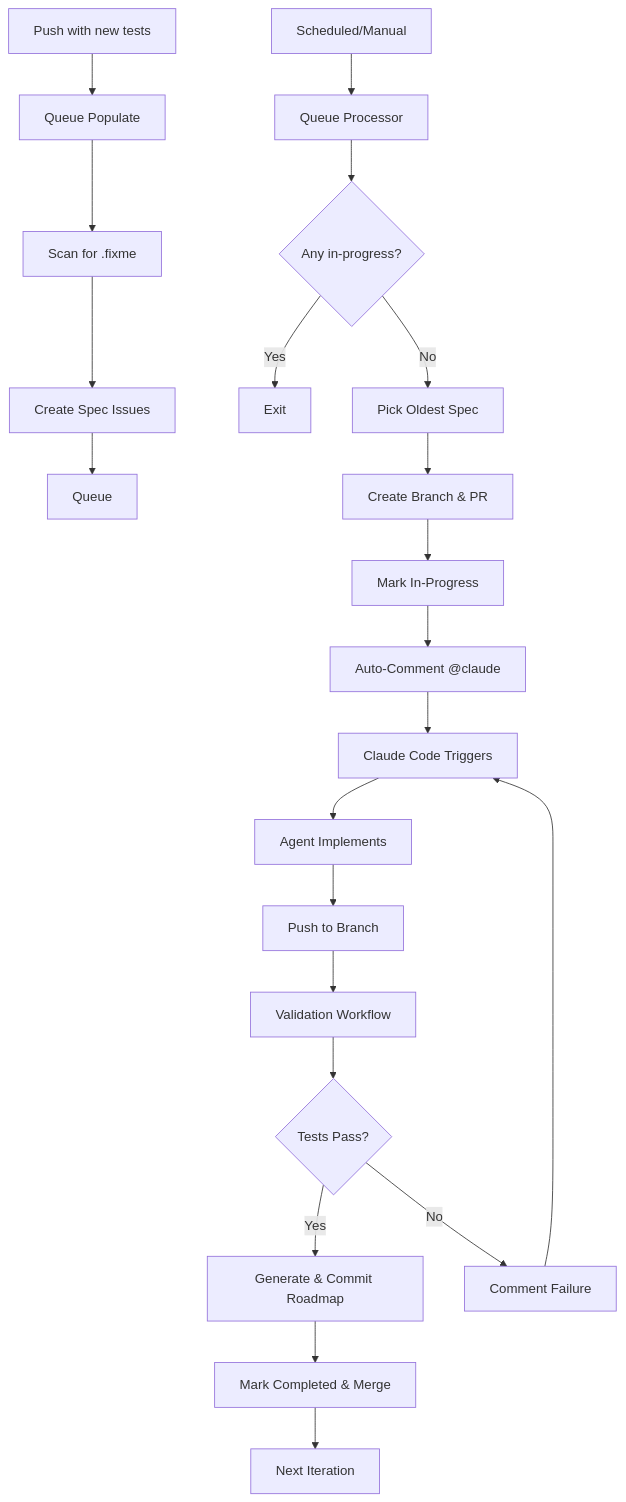
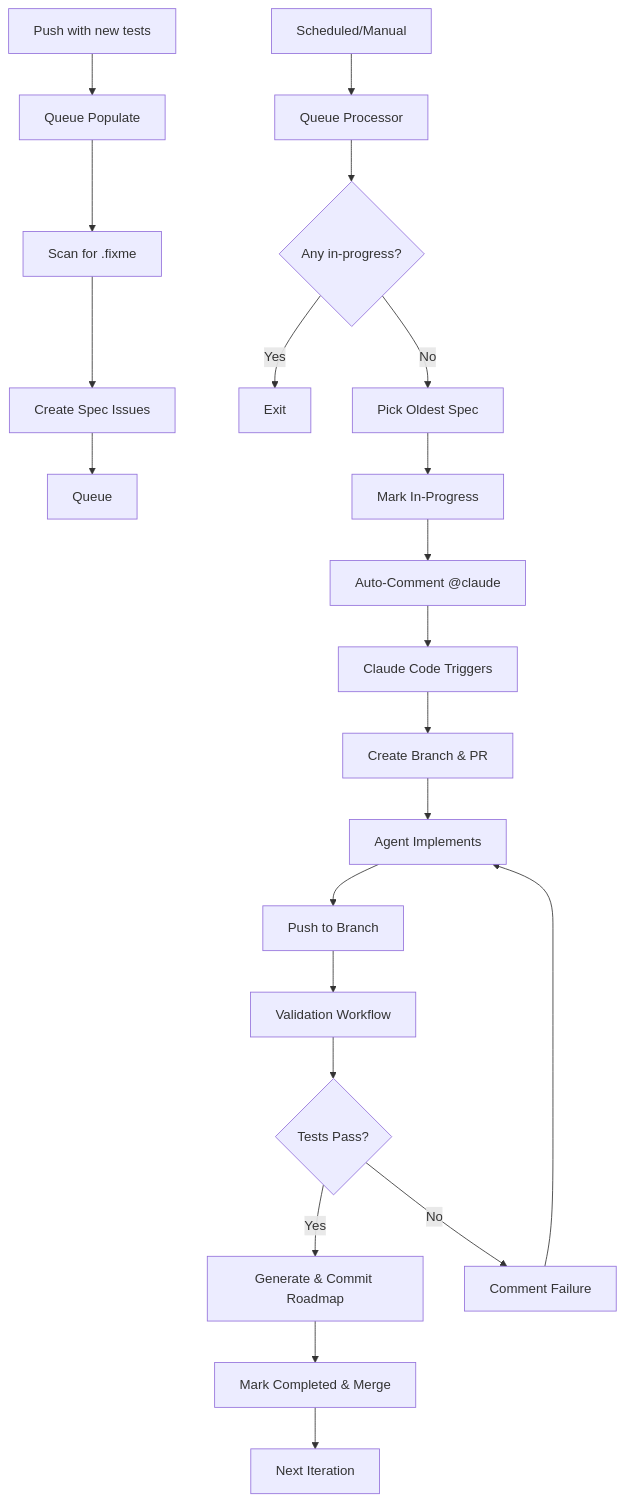
One commit to omnera-dev/omnera-v2 changed the diagram in docs/development/tdd-automation-pipeline.md. Above: the diagram before and after it, drawn with Mermaid. The commit also changed other lines of this file and 3 other files, not shown here.

First line of the commit message:
docs: clarify Claude Code creates branches, not queue processor

````diff
--- a/docs/development/tdd-automation-pipeline.md
+++ b/docs/development/tdd-automation-pipeline.md
@@ -11,24 +11,24 @@
 ```mermaid
 graph TD
     A[Push with new tests] --> B[Queue Populate]
     B --> C[Scan for .fixme]
     C --> D[Create Spec Issues]
     D --> E[Queue]
     F[Scheduled/Manual] --> G[Queue Processor]
     G --> H{Any in-progress?}
     H -->|Yes| I[Exit]
     H -->|No| J[Pick Oldest Spec]
-    J --> K[Create Branch & PR]
-    K --> L[Mark In-Progress]
-    L --> LA[Auto-Comment @claude]
-    LA --> M[Claude Code Triggers]
-    M --> N[Agent Implements]
-    N --> O[Push to Branch]
-    O --> P[Validation Workflow]
-    P --> Q{Tests Pass?}
-    Q -->|Yes| R[Generate & Commit Roadmap]
-    R --> S[Mark Completed & Merge]
-    Q -->|No| T[Comment Failure]
-    T --> M
-    S --> U[Next Iteration]
+    J --> K[Mark In-Progress]
+    K --> L[Auto-Comment @claude]
+    L --> M[Claude Code Triggers]
+    M --> N[Create Branch & PR]
+    N --> O[Agent Implements]
+    O --> P[Push to Branch]
+    P --> Q[Validation Workflow]
+    Q --> R{Tests Pass?}
+    R -->|Yes| S[Generate & Commit Roadmap]
+    S --> T[Mark Completed & Merge]
+    R -->|No| U[Comment Failure]
+    U --> O
+    T --> V[Next Iteration]
 ```
````
